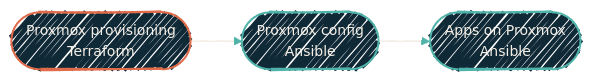
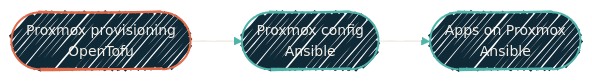
The diagram in infrastructure/overview.mdx (dryvist/docs), drawn with Mermaid before and after one commit. The commit also changed other lines of this file and 3 other files, not shown here.

First line of the commit message:
feat(docs): add IaC tooling decision page; OpenTofu canonical, Terragrunt phase-out (#56)

````diff
--- a/infrastructure/overview.mdx
+++ b/infrastructure/overview.mdx
@@ -15,17 +15,17 @@
 ```mermaid
 %%{init: {'theme':'base','look':'handDrawn','themeVariables':{'fontFamily':'Geist','fontSize':'14px','primaryColor':'#102937','primaryTextColor':'#F4EFE6','primaryBorderColor':'#4FB3A9','lineColor':'#4FB3A9','secondaryColor':'#0B1D2A','tertiaryColor':'#1A2A38','clusterBkg':'rgba(79,179,169,0.08)','clusterBorder':'#4FB3A9'}}}%%
 flowchart LR
-  TP([Proxmox provisioning<br/>Terraform])
+  TP([Proxmox provisioning<br/>OpenTofu])
   AP([Proxmox config<br/>Ansible])
   APA([Apps on Proxmox<br/>Ansible])
 
   TP --> AP --> APA
 
   classDef provision fill:#102937,stroke:#E06B4A,stroke-width:2px,color:#F4EFE6;
   classDef config    fill:#102937,stroke:#4FB3A9,stroke-width:2px,color:#F4EFE6;
 
   class TP provision
   class AP,APA config
 
   linkStyle 0,1 stroke:#F4EFE6,stroke-width:1.5px;
 ```
````
